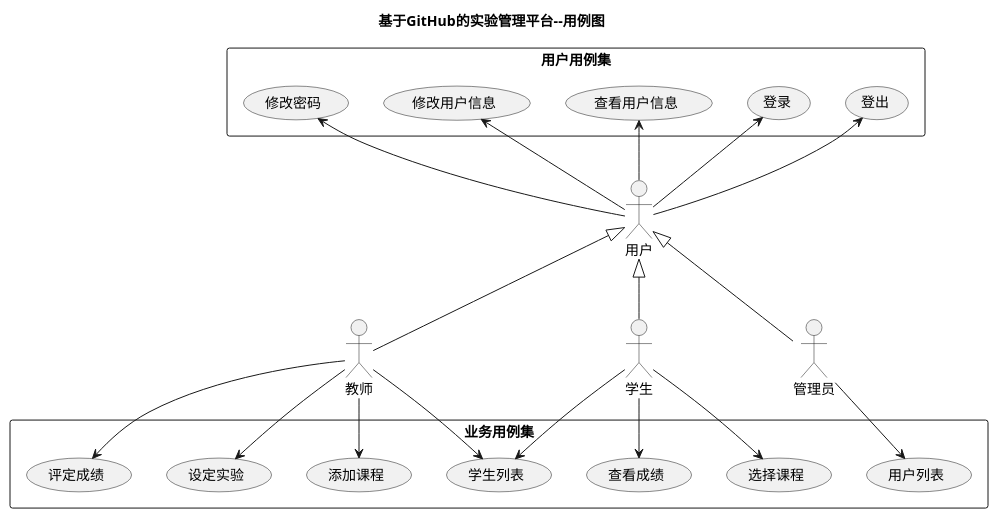
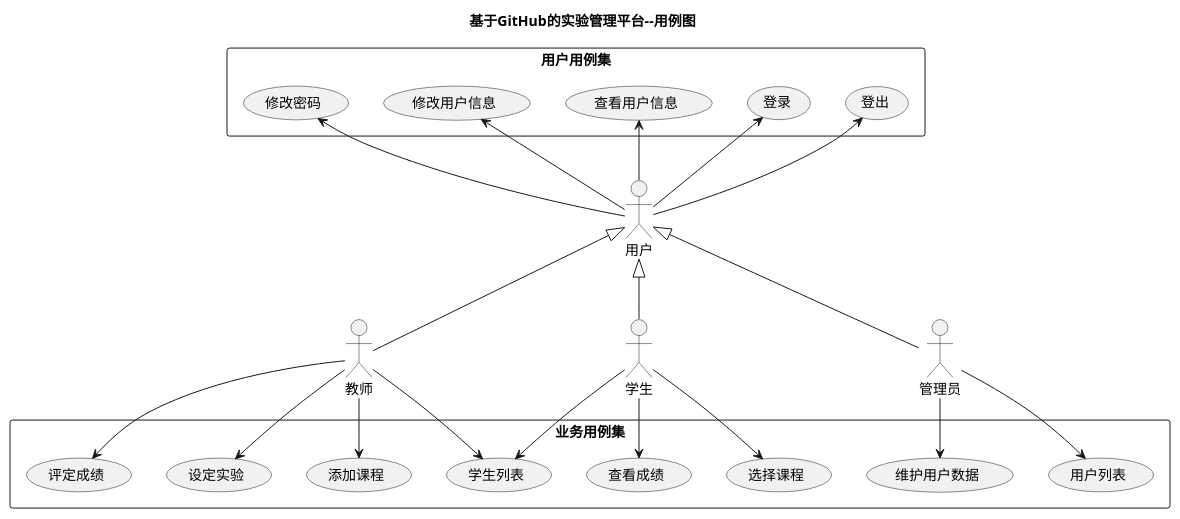
One commit to YYttaa/is_analysis-2 changed the diagram in test6/puml/SystemCase.puml. Above: the diagram before and after it, drawn with PlantUML. The commit also changed 4 other files, not shown here.

```diff
--- a/test6/puml/SystemCase.puml
+++ b/test6/puml/SystemCase.puml
@@ -1,40 +1,42 @@
 @startuml
 title 基于GitHub的实验管理平台--用例图
 :教师:as teacher
 :学生:as student
 :管理员:as admin
 :用户:as user
 
 user<|--student
 user<|--admin
 user<|--teacher
 rectangle 用户用例集{
     (修改密码)
     (修改用户信息)
     (查看用户信息)
     (登录)
     (登出)
 }
 user-up->(修改密码)
 user-up->(修改用户信息)
 user-up->(查看用户信息)
 user-up->(登录)
 user-up->(登出)
 rectangle 业务用例集{
     (添加课程)
     (设定实验)
     (评定成绩)
     (选择课程)
     (查看成绩)
     (学生列表)
     (用户列表)
+    (维护用户数据)
 }
 teacher-->(添加课程)
 teacher-->(设定实验)
 teacher-->(评定成绩)
 teacher-->(学生列表)
 student-->(选择课程)
 student-->(查看成绩)
 student-->(学生列表)
 admin-->(用户列表)
+admin-->(维护用户数据)
 @enduml
```
